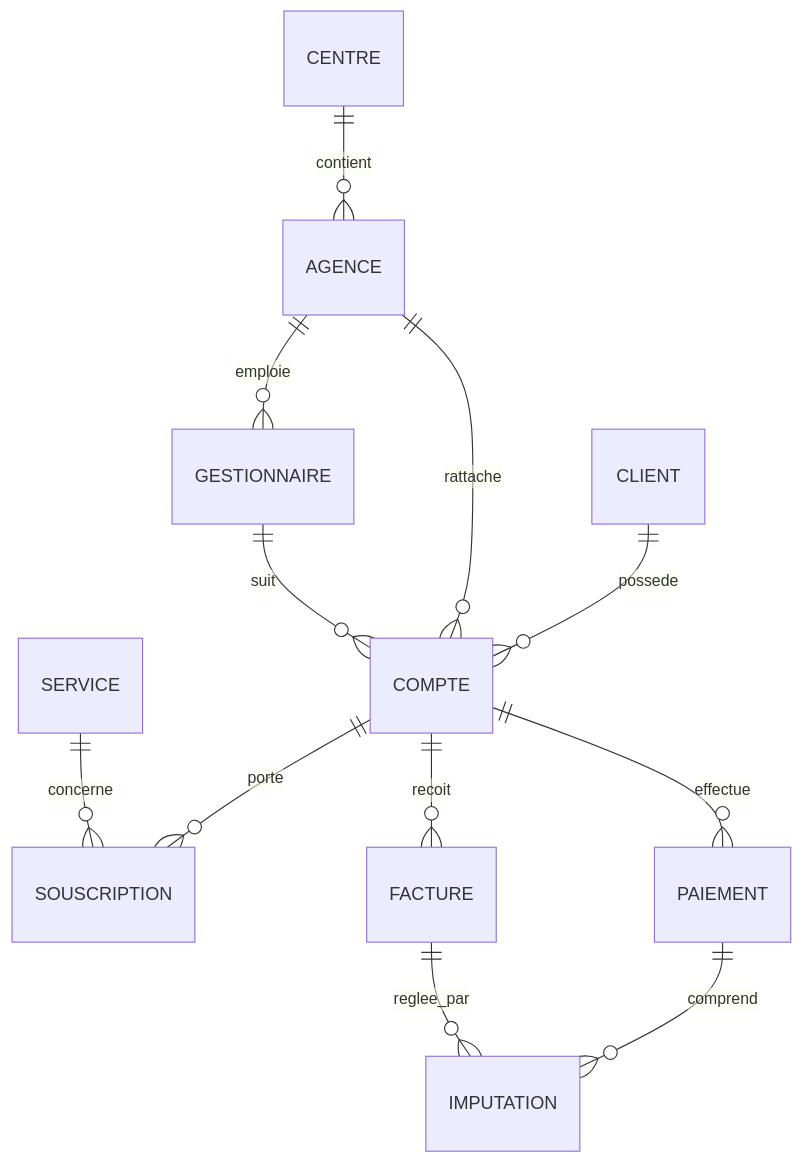
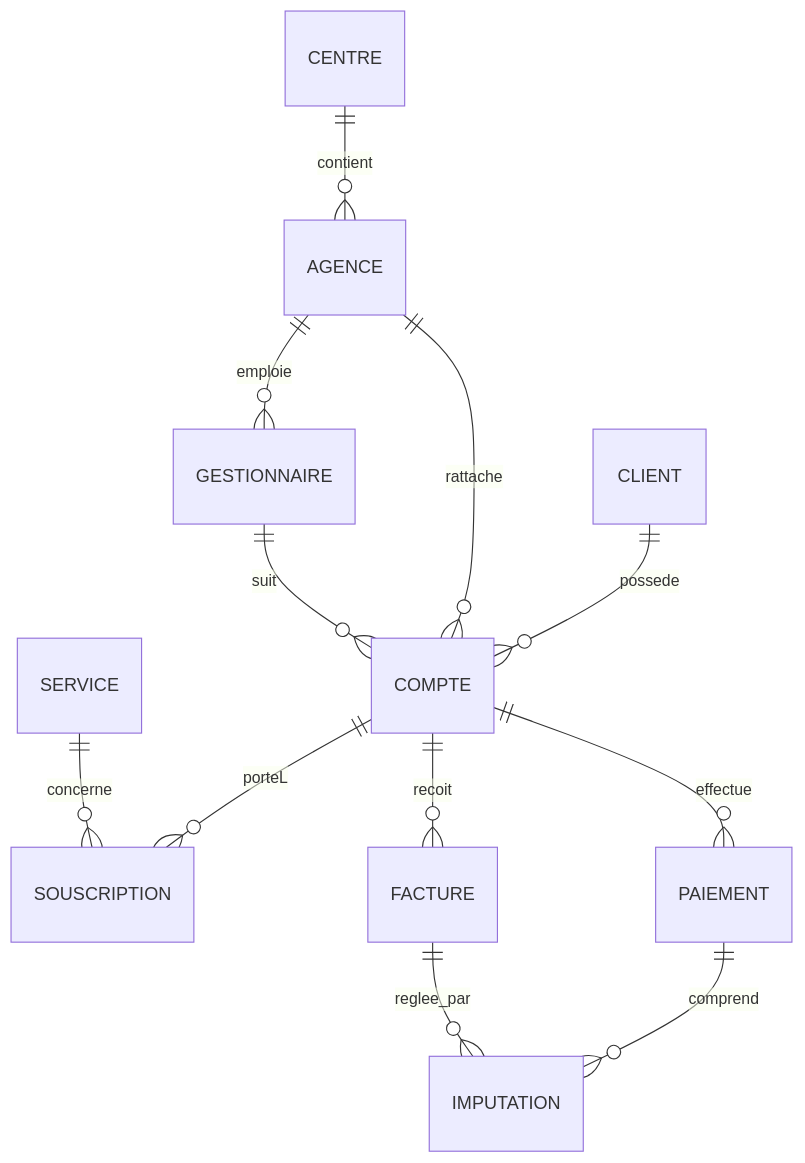
The third of 4 diagrams in docs/GBLContext.md (DanielBeni-tech/gblrecover), drawn with Mermaid before and after one commit. The commit also changed 15 other files, not shown here.

````diff
--- a/docs/GBLContext.md
+++ b/docs/GBLContext.md
@@ -271,14 +271,14 @@
 ```mermaid
 erDiagram
     CENTRE ||--o{ AGENCE : contient
     AGENCE ||--o{ GESTIONNAIRE : emploie
     CLIENT ||--o{ COMPTE : possede
     AGENCE ||--o{ COMPTE : rattache
     GESTIONNAIRE ||--o{ COMPTE : suit
-    COMPTE ||--o{ SOUSCRIPTION : porte
+    COMPTE ||--o{ SOUSCRIPTION : porteL
     SERVICE ||--o{ SOUSCRIPTION : concerne
     COMPTE ||--o{ FACTURE : recoit
     COMPTE ||--o{ PAIEMENT : effectue
     PAIEMENT ||--o{ IMPUTATION : comprend
     FACTURE ||--o{ IMPUTATION : reglee_par
 ```
````
